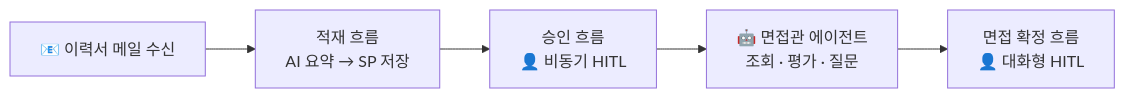
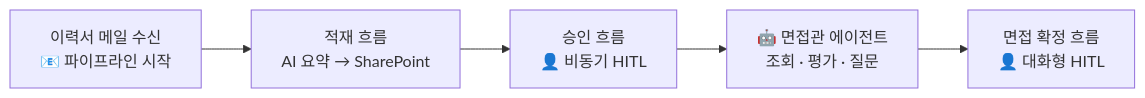
One commit to lepela/cs_intermediate_lab changed the diagram in index.md. Above: the diagram before and after it, drawn with Mermaid. The commit also changed other lines of this file and 58 other files, not shown here.

````diff
--- a/index.md
+++ b/index.md
@@ -29,7 +30,7 @@
 ```mermaid
 flowchart LR
-    A[📧 이력서 메일 수신] --> B[적재 흐름<br>AI 요약 → SP 저장]
+    A[이력서 메일 수신<br>📧 파이프라인 시작] --> B[적재 흐름<br>AI 요약 → SharePoint]
     B --> C[승인 흐름<br>👤 비동기 HITL]
     C --> D[🤖 면접관 에이전트<br>조회 · 평가 · 질문]
     D --> E[면접 확정 흐름<br>👤 대화형 HITL]
 ```
````
